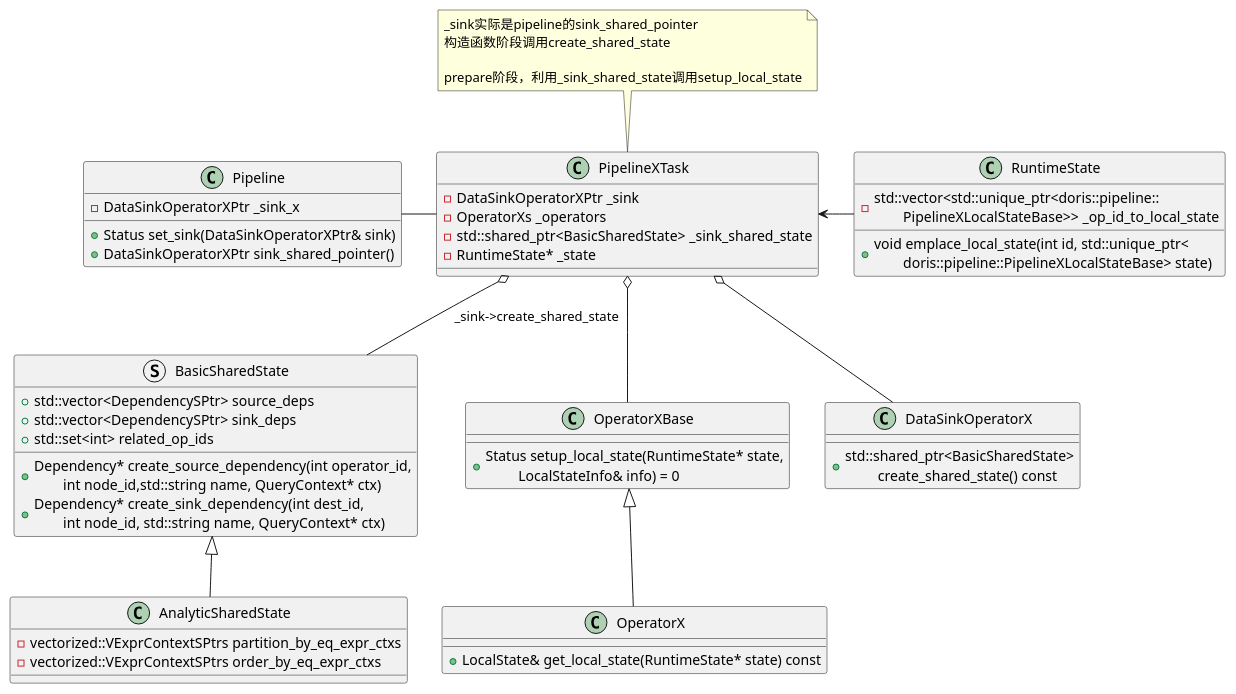
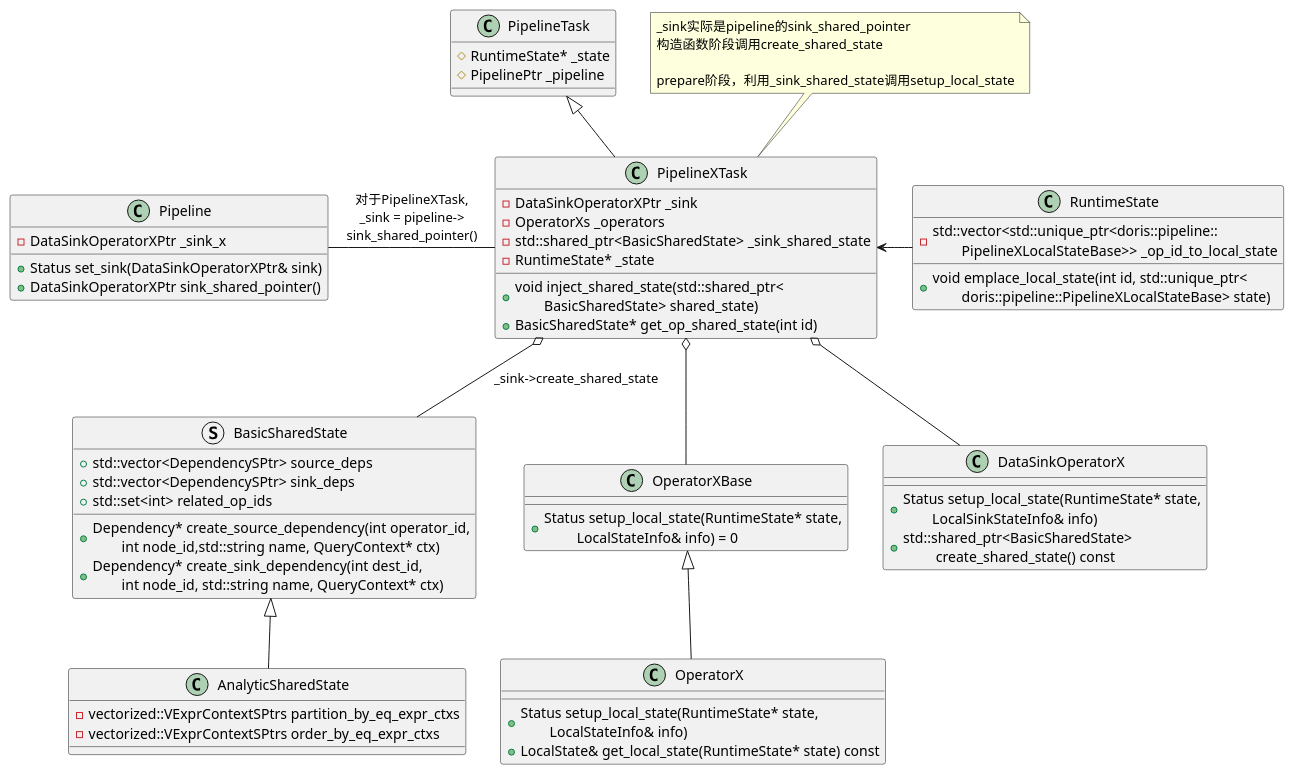
The sixth of 8 diagrams in doc/DB/Doris/SourceRead/13_00_00_Exec_PipelineX.md (DepInjoy/geektime), drawn with PlantUML before and after one commit. The commit also changed other lines of this file and 3 other files, not shown here.

````diff
--- a/doc/DB/Doris/SourceRead/13_00_00_Exec_PipelineX.md
+++ b/doc/DB/Doris/SourceRead/13_00_00_Exec_PipelineX.md
@@ -328,58 +312,69 @@
 ```plantuml
 @startuml
 class Pipeline {
     - DataSinkOperatorXPtr _sink_x
     + Status set_sink(DataSinkOperatorXPtr& sink)
     + DataSinkOperatorXPtr sink_shared_pointer()
 }
 
 class PipelineXTask {
     - DataSinkOperatorXPtr _sink
     - OperatorXs _operators
     - std::shared_ptr<BasicSharedState> _sink_shared_state
     - RuntimeState* _state
+    + void inject_shared_state(std::shared_ptr<\n\tBasicSharedState> shared_state)
+    + BasicSharedState* get_op_shared_state(int id)
 }
 note top : _sink实际是pipeline的sink_shared_pointer\n构造函数阶段调用create_shared_state\n\nprepare阶段，利用_sink_shared_state调用setup_local_state
+
+class PipelineTask {
+    # RuntimeState* _state
+    # PipelinePtr _pipeline
+}
 
 class RuntimeState {
     - std::vector<std::unique_ptr<doris::pipeline::\n\tPipelineXLocalStateBase>> _op_id_to_local_state
     + void emplace_local_state(int id, std::unique_ptr<\n\tdoris::pipeline::PipelineXLocalStateBase> state)
 }
 
 class DataSinkOperatorX {
+    + Status setup_local_state(RuntimeState* state,\n\tLocalSinkStateInfo& info)
     + std::shared_ptr<BasicSharedState>\n\t create_shared_state() const
 }
 
 class OperatorXBase {
     + Status setup_local_state(RuntimeState* state,\n\t LocalStateInfo& info) = 0
 }
 
 class OperatorX {
+    + Status setup_local_state(RuntimeState* state,\n\tLocalStateInfo& info)
     + LocalState& get_local_state(RuntimeState* state) const
 }
 
 struct BasicSharedState {
     + std::vector<DependencySPtr> source_deps
     + std::vector<DependencySPtr> sink_deps
     + std::set<int> related_op_ids
 
     + Dependency* create_source_dependency(int operator_id,\n\tint node_id,std::string name, QueryContext* ctx)
     + Dependency* create_sink_dependency(int dest_id,\n\tint node_id, std::string name, QueryContext* ctx)
 }
 
 class AnalyticSharedState {
     - vectorized::VExprContextSPtrs partition_by_eq_expr_ctxs
     - vectorized::VExprContextSPtrs order_by_eq_expr_ctxs
 }
-PipelineXTask -left-- Pipeline
+
+PipelineXTask -up-|> PipelineTask
+PipelineXTask -left-- Pipeline : 对于PipelineXTask,\n_sink = pipeline->\nsink_shared_pointer()
 
 DataSinkOperatorX -up-o PipelineXTask
 OperatorXBase -up-o PipelineXTask
 BasicSharedState -up-o PipelineXTask : _sink->create_shared_state
 OperatorX -up-|> OperatorXBase
 
 RuntimeState -left--> PipelineXTask
 
 AnalyticSharedState -up-|> BasicSharedState
 @enduml
 ```
````
